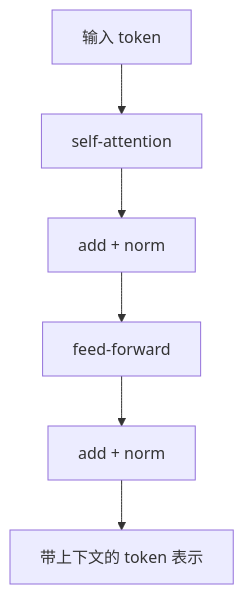
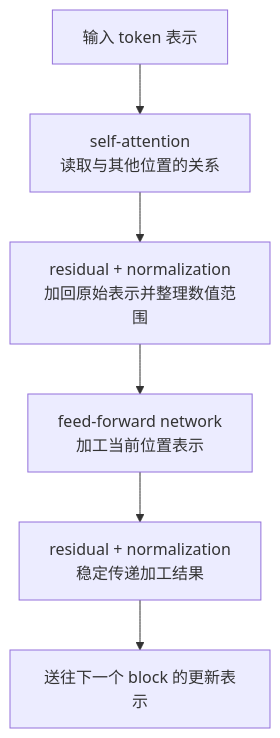
Before and after one commit to devchan64/AiBook: the diagram in docs/assets/part-05/chapter-14/transformer-block-flow-zh.mmd, drawn with Mermaid. The commit also changed 71 other files, not shown here.

Commit message:
Revise part 5 transformer and translation flow

```diff
--- a/docs/assets/part-05/chapter-14/transformer-block-flow-zh.mmd
+++ b/docs/assets/part-05/chapter-14/transformer-block-flow-zh.mmd
@@ -1,13 +1,13 @@
 flowchart TD
-  A["输入 token"]
-  B["self-attention"]
-  C["add + norm"]
-  D["feed-forward"]
-  E["add + norm"]
-  F["带上下文的 token 表示"]
+  A["输入 token 表示"]
+  B["self-attention<br/>读取与其他位置的关系"]
+  C["residual + normalization<br/>加回原始表示并整理数值范围"]
+  D["feed-forward network<br/>加工当前位置表示"]
+  E["residual + normalization<br/>稳定传递加工结果"]
+  F["送往下一个 block 的更新表示"]
 
   A --> B
   B --> C
   C --> D
   D --> E
   E --> F
```
